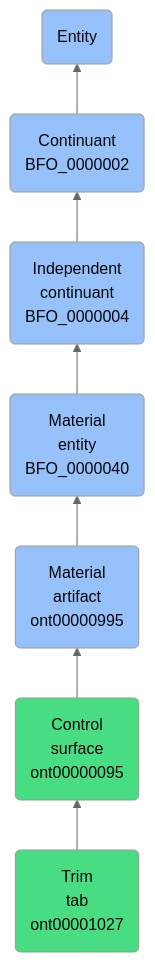
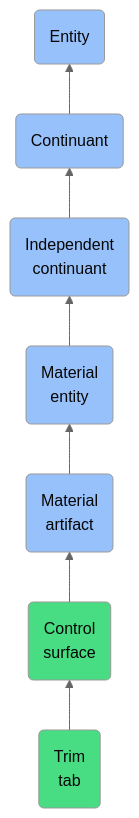
One commit to jupyter-naas/abi changed the diagram in docs/ontology/reference/model/Entity/Continuant/Independent continuant/Material entity/Material artifact/Control surface/Trim tab/Trim tab.md. Above: the diagram before and after it, drawn with Mermaid (neutral theme). The commit also changed other lines of this file and 1430 other files, not shown here.

````diff
--- a/docs/ontology/reference/model/Entity/Continuant/Independent continuant/Material entity/Material artifact/Control surface/Trim tab/Trim tab.md
+++ b/docs/ontology/reference/model/Entity/Continuant/Independent continuant/Material entity/Material artifact/Control surface/Trim tab/Trim tab.md
@@ -24,14 +24,14 @@
 ```mermaid
 graph BT
-    ont00001027(Trim<br>tab<br>ont00001027):::ABI-->ont00000095
-    ont00000095(Control<br>surface<br>ont00000095):::ABI-->ont00000995
-    ont00000995(Material<br>artifact<br>ont00000995):::BFO-->BFO_0000040
-    BFO_0000040(Material<br>entity<br>BFO_0000040):::BFO-->BFO_0000004
-    BFO_0000004(Independent<br>continuant<br>BFO_0000004):::BFO-->BFO_0000002
-    BFO_0000002(Continuant<br>BFO_0000002):::BFO-->BFO_0000001
+    ont00001027(Trim<br>tab):::ABI-->ont00000095
+    ont00000095(Control<br>surface):::ABI-->ont00000995
+    ont00000995(Material<br>artifact):::BFO-->BFO_0000040
+    BFO_0000040(Material<br>entity):::BFO-->BFO_0000004
+    BFO_0000004(Independent<br>continuant):::BFO-->BFO_0000002
+    BFO_0000002(Continuant):::BFO-->BFO_0000001
     BFO_0000001(Entity):::BFO
     
     classDef BFO fill:#97c1fb,color:#060606
     classDef CCO fill:#e4c51e,color:#060606
     classDef ABI fill:#48DD82,color:#060606
 ```
````
